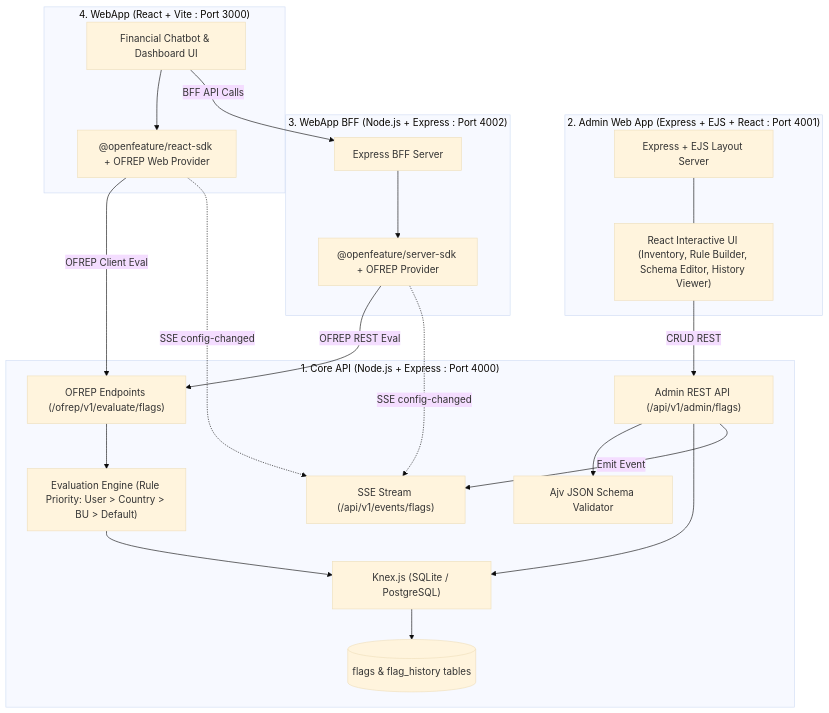
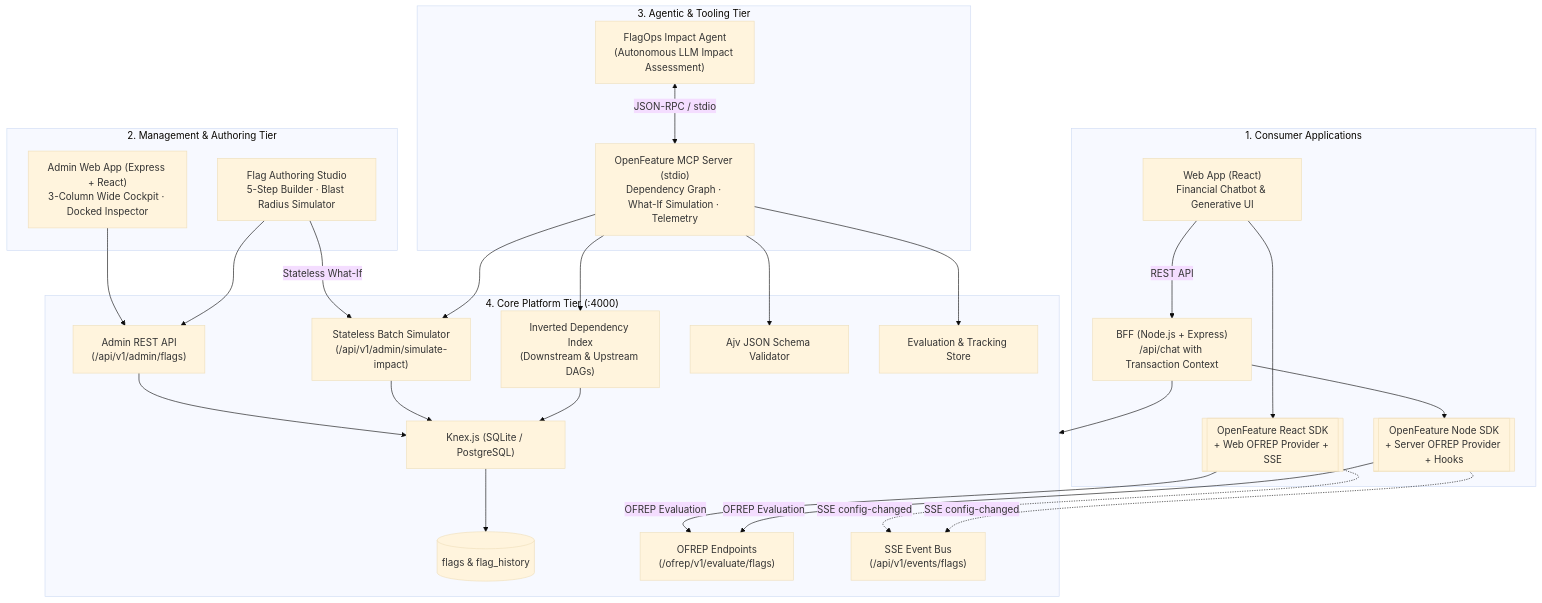
The diagram in PLAN.md (justinmandac/openfeature-poc), drawn with Mermaid (base theme) before and after one commit. The commit also changed other lines of this file and 10 other files, not shown here.

Commit message:
feat(agentic): implement agentic impact engine, MCP server, and blast radius simulation

````diff
--- a/PLAN.md
+++ b/PLAN.md
@@ -21,43 +19,56 @@
 ```mermaid
 flowchart TD
-    subgraph CorePlatform ["1. Core API (Node.js + Express : Port 4000)"]
-        KNEX["Knex.js (SQLite / PostgreSQL)"]
-        DB[(flags & flag_history tables)]
-        ENGINE["Evaluation Engine (Rule Priority: User > Country > BU > Default)"]
-        SCHEMA_VAL["Ajv JSON Schema Validator"]
-        OFREP_EP["OFREP Endpoints (/ofrep/v1/evaluate/flags)"]
-        SSE_EP["SSE Stream (/api/v1/events/flags)"]
-        ADMIN_EP["Admin REST API (/api/v1/admin/flags)"]
-
-        KNEX --> DB
-        OFREP_EP --> ENGINE
-        ENGINE --> KNEX
-        ADMIN_EP --> SCHEMA_VAL
-        ADMIN_EP --> KNEX
-        ADMIN_EP -->|Emit Event| SSE_EP
+    subgraph Consumers ["1. Consumer Applications"]
+        WEBAPP["Web App (React)\nFinancial Chatbot & Generative UI"]
+        WEBSDK[["OpenFeature React SDK\n+ Web OFREP Provider + SSE"]]
+        BFF["BFF (Node.js + Express)\n/api/chat with Transaction Context"]
+        BFFSDK[["OpenFeature Node SDK\n+ Server OFREP Provider + Hooks"]]
     end
 
-    subgraph AdminApp ["2. Admin Web App (Express + EJS + React : Port 4001)"]
-        ADMIN_SRV["Express + EJS Layout Server"]
-        REACT_ISLANDS["React Interactive UI (Inventory, Rule Builder, Schema Editor, History Viewer)"]
-        ADMIN_SRV --- REACT_ISLANDS
-        REACT_ISLANDS -->|CRUD REST| ADMIN_EP
+    subgraph AdminTier ["2. Management & Authoring Tier"]
+        ADMIN["Admin Web App (Express + React)\n3-Column Wide Cockpit · Docked Inspector"]
+        STUDIO["Flag Authoring Studio\n5-Step Builder · Blast Radius Simulator"]
     end
 
-    subgraph BFFApp ["3. WebApp BFF (Node.js + Express : Port 4002)"]
-        BFF_SRV["Express BFF Server"]
-        BFF_SDK["@openfeature/server-sdk + OFREP Provider"]
-        BFF_SRV --> BFF_SDK
-        BFF_SDK -->|OFREP REST Eval| OFREP_EP
-        BFF_SDK -.->|SSE config-changed| SSE_EP
+    subgraph AgenticTier ["3. Agentic & Tooling Tier"]
+        AGENT["FlagOps Impact Agent\n(Autonomous LLM Impact Assessment)"]
+        MCP["OpenFeature MCP Server (stdio)\nDependency Graph · What-If Simulation · Telemetry"]
     end
 
-    subgraph ClientApp ["4. WebApp (React + Vite : Port 3000)"]
-        WEB_UI["Financial Chatbot & Dashboard UI"]
-        WEB_SDK["@openfeature/react-sdk + OFREP Web Provider"]
-        WEB_UI --> WEB_SDK
-        WEB_SDK -->|OFREP Client Eval| OFREP_EP
-        WEB_SDK -.->|SSE config-changed| SSE_EP
-        WEB_UI -->|BFF API Calls| BFF_SRV
+    subgraph CorePlatform ["4. Core Platform Tier (:4000)"]
+        KNEX["Knex.js (SQLite / PostgreSQL)"]
+        DB[(flags & flag_history)]
+        OFREP["OFREP Endpoints\n(/ofrep/v1/evaluate/flags)"]
+        SSE["SSE Event Bus\n(/api/v1/events/flags)"]
+        ADMIN_API["Admin REST API\n(/api/v1/admin/flags)"]
+        SIMULATE["Stateless Batch Simulator\n(/api/v1/admin/simulate-impact)"]
+        GRAPH_IDX["Inverted Dependency Index\n(Downstream & Upstream DAGs)"]
+        SCHEMA_VAL["Ajv JSON Schema Validator"]
+        TELEMETRY["Evaluation & Tracking Store"]
     end
+
+    WEBAPP --> WEBSDK
+    WEBSDK -->|OFREP Evaluation| OFREP
+    WEBSDK -.->|SSE config-changed| SSE
+    WEBAPP -->|REST API| BFF
+
+    BFF --> BFFSDK
+    BFFSDK -->|OFREP Evaluation| OFREP
+    BFFSDK -.->|SSE config-changed| SSE
+    BFF --> CorePlatform
+
+    ADMIN --> ADMIN_API
+    STUDIO --> ADMIN_API
+    STUDIO -->|Stateless What-If| SIMULATE
+
+    AGENT <-->|JSON-RPC / stdio| MCP
+    MCP --> GRAPH_IDX
+    MCP --> SIMULATE
+    MCP --> TELEMETRY
+    MCP --> SCHEMA_VAL
+
+    ADMIN_API --> KNEX
+    SIMULATE --> KNEX
+    GRAPH_IDX --> KNEX
+    KNEX --> DB
 ```
````
